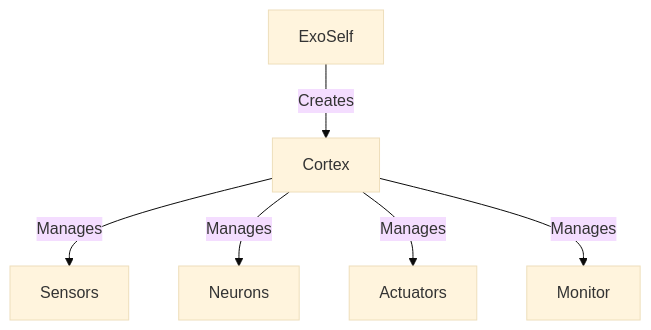
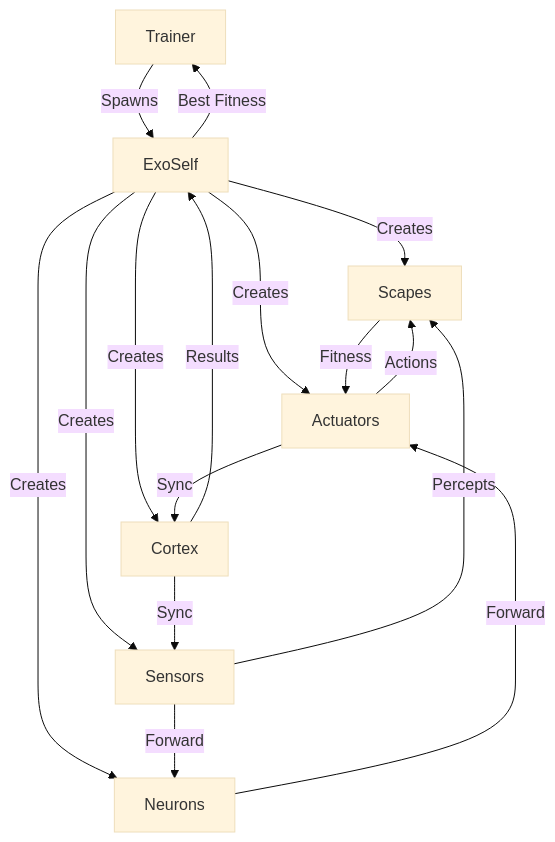
The first of 2 diagrams in README.md (Maartz/NN), drawn with Mermaid (base theme) before and after one commit. The commit also changed other lines of this file, not shown here.

````diff
--- a/README.md
+++ b/README.md
@@ -23,8 +28,18 @@
 ```mermaid
 graph TD
-    A[ExoSelf] -->|Creates| B[Cortex]
-    B -->|Manages| C[Sensors]
-    B -->|Manages| D[Neurons]
-    B -->|Manages| E[Actuators]
-    B -->|Manages| F[Monitor]
+    T[Trainer] -->|Spawns| E[ExoSelf]
+    E -->|Creates| SC[Scapes]
+    E -->|Creates| C[Cortex]
+    E -->|Creates| S[Sensors]
+    E -->|Creates| N[Neurons]
+    E -->|Creates| A[Actuators]
+    C -->|Sync| S
+    S -->|Percepts| SC
+    S -->|Forward| N
+    N -->|Forward| A
+    A -->|Actions| SC
+    SC -->|Fitness| A
+    A -->|Sync| C
+    C -->|Results| E
+    E -->|Best Fitness| T
 ```
````
